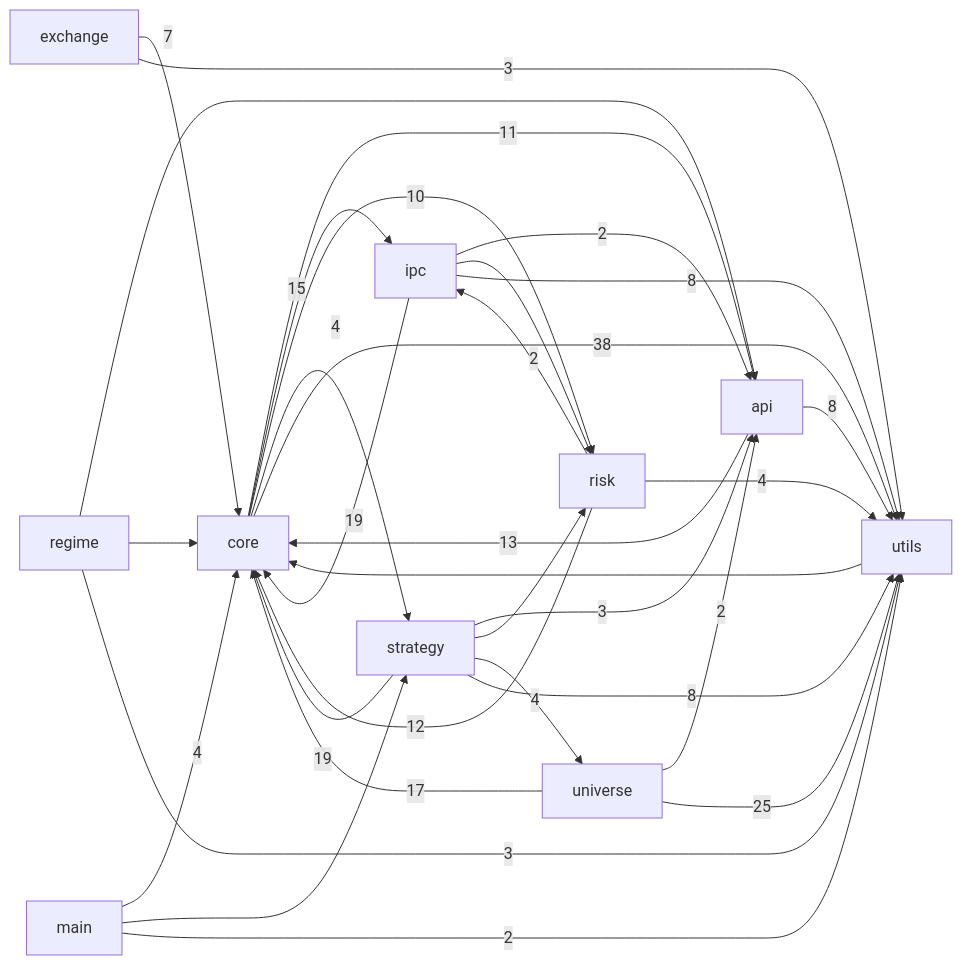
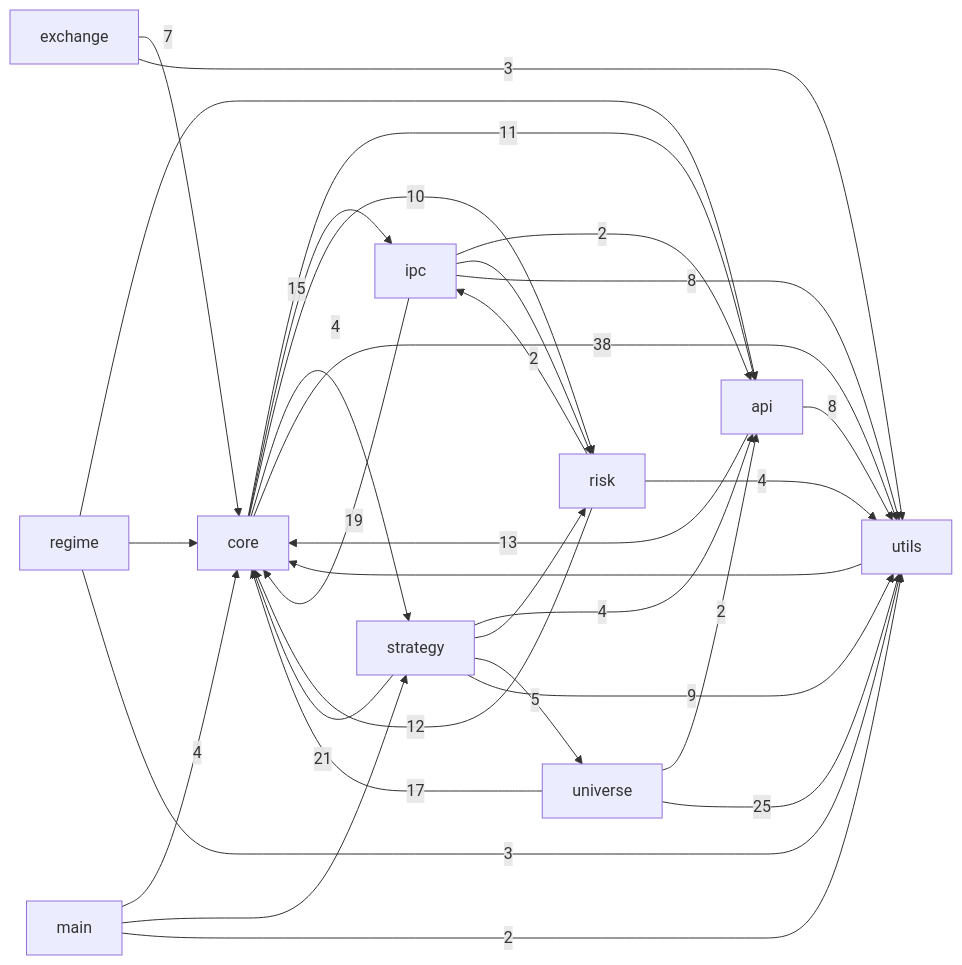
Before and after one commit to pypy8171/Quant: the first of 3 diagrams in docs/CODE_GRAPH.md, drawn with Mermaid. The commit also changed other lines of this file and 11 other files, not shown here.

````diff
--- a/docs/CODE_GRAPH.md
+++ b/docs/CODE_GRAPH.md
@@ -10,44 +10,44 @@
 ```mermaid
 graph LR
   main[main]
   core[core]
   strategy[strategy]
   api[api]
   universe[universe]
   risk[risk]
   ipc[ipc]
   utils[utils]
   exchange[exchange]
   regime[regime]
   api -->|13| core
   api -->|8| utils
   core -->|11| api
   core -->|15| ipc
   core -->|10| risk
   core -->|4| strategy
   core -->|38| utils
   exchange -->|7| core
   exchange -->|3| utils
   ipc -->|2| api
   ipc -->|19| core
   ipc --> risk
   ipc -->|8| utils
   main -->|4| core
   main --> strategy
   main -->|2| utils
   regime --> api
   regime --> core
   regime -->|3| utils
   risk -->|12| core
   risk -->|2| ipc
   risk -->|4| utils
-  strategy -->|3| api
-  strategy -->|19| core
+  strategy -->|4| api
+  strategy -->|21| core
   strategy --> risk
-  strategy -->|4| universe
-  strategy -->|8| utils
+  strategy -->|5| universe
+  strategy -->|9| utils
   universe -->|2| api
   universe -->|17| core
   universe -->|25| utils
   utils --> core
 ```
````
